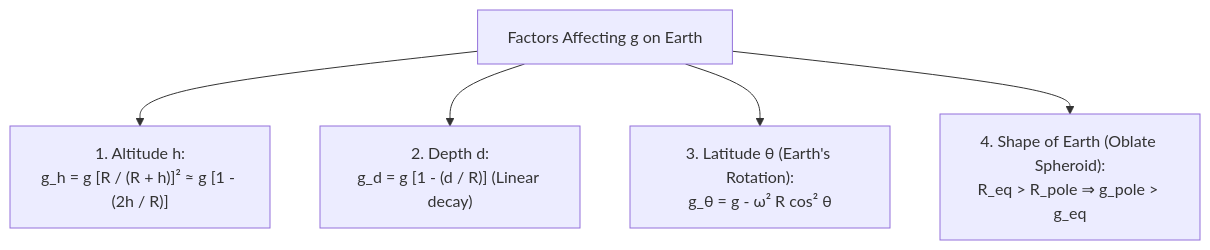
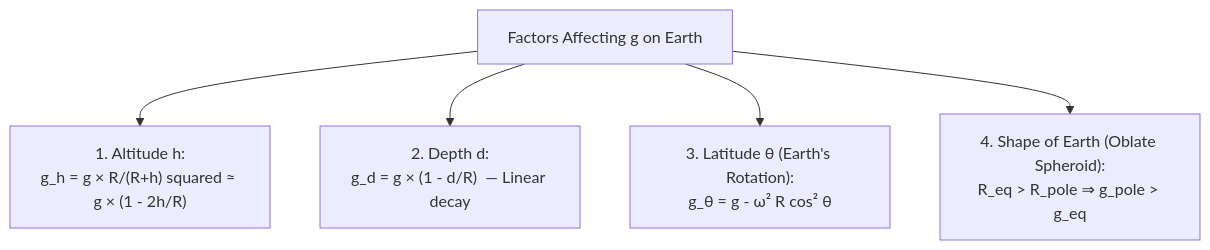
The fourth of 6 diagrams in 02 - Physics/Lesson 05 - Gravitational Field.md (zenyyxz/Zen_dx-Notes), drawn with Mermaid before and after one commit. The commit also changed 13 other files, not shown here.

````diff
--- a/02 - Physics/Lesson 05 - Gravitational Field.md
+++ b/02 - Physics/Lesson 05 - Gravitational Field.md
@@ -127,7 +127,7 @@
 ```mermaid
 graph TD
-    GVar["Factors Affecting g on Earth"] --> Alt["1. Altitude h:<br>g_h = g [R / (R + h)]² ≈ g [1 - (2h / R)]"]
-    GVar --> Dep["2. Depth d:<br>g_d = g [1 - (d / R)] (Linear decay)"]
+    GVar["Factors Affecting g on Earth"] --> Alt["1. Altitude h:<br>g_h = g × R/(R+h) squared ≈ g × (1 - 2h/R)"]
+    GVar --> Dep["2. Depth d:<br>g_d = g × (1 - d/R)  — Linear decay"]
     GVar --> Lat["3. Latitude θ (Earth's Rotation):<br>g_θ = g - ω² R cos² θ"]
     GVar --> Shape["4. Shape of Earth (Oblate Spheroid):<br>R_eq > R_pole ⇒ g_pole > g_eq"]
 ```
````
